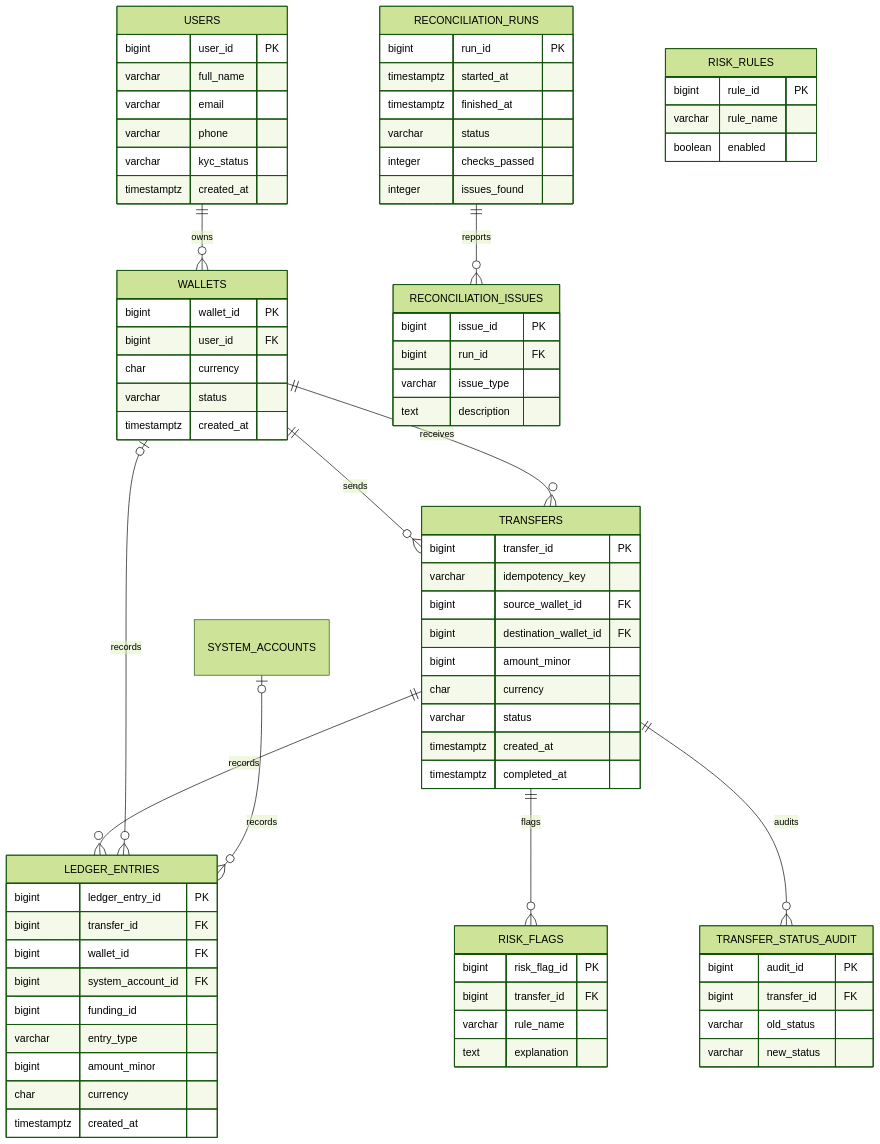
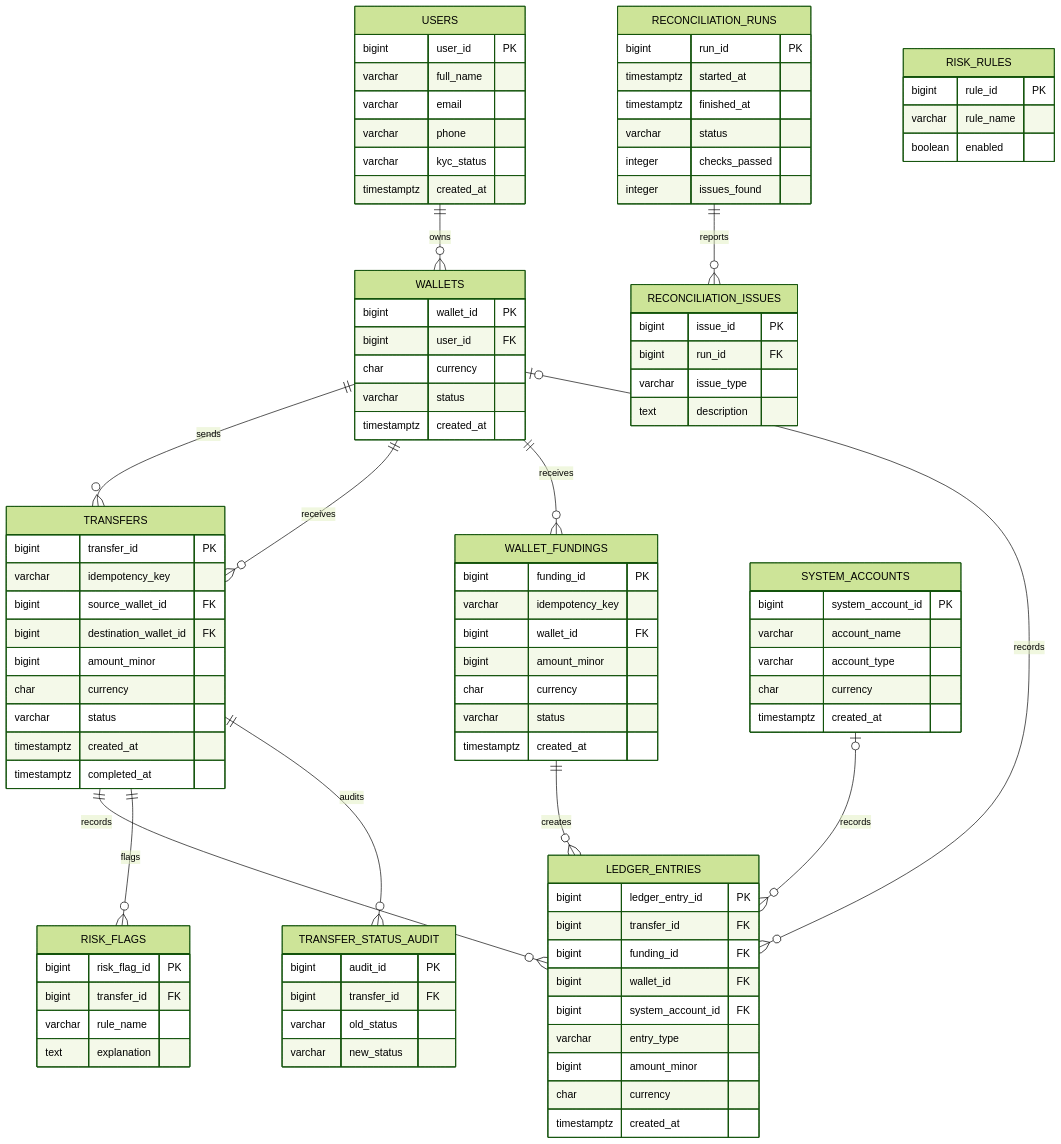
One commit to csai9481-glitch/Payments-Wallet-Ledger changed the diagram in docs/schema.md. Above: the diagram before and after it, drawn with Mermaid (forest theme).

Commit message:
Improve wallet ledger schema documentation

```diff
--- a/docs/schema.md
+++ b/docs/schema.md
@@ -158,6 +158,8 @@
     WALLETS ||--o{ TRANSFERS : sends
     WALLETS ||--o{ TRANSFERS : receives
     TRANSFERS ||--o{ LEDGER_ENTRIES : records
+    WALLETS ||--o{ WALLET_FUNDINGS : receives
+    WALLET_FUNDINGS ||--o{ LEDGER_ENTRIES : creates
     WALLETS o|--o{ LEDGER_ENTRIES : records
     SYSTEM_ACCOUNTS o|--o{ LEDGER_ENTRIES : records
     RECONCILIATION_RUNS ||--o{ RECONCILIATION_ISSUES : reports
@@ -196,15 +198,31 @@
     LEDGER_ENTRIES {
         bigint ledger_entry_id PK
         bigint transfer_id FK
+        bigint funding_id FK
         bigint wallet_id FK
         bigint system_account_id FK
-        bigint funding_id
         varchar entry_type
         bigint amount_minor
         char currency
         timestamptz created_at
     }
 
+    SYSTEM_ACCOUNTS {
+        bigint system_account_id PK
+        varchar account_name
+        varchar account_type
+        char currency
+        timestamptz created_at
+    }
+    WALLET_FUNDINGS {
+        bigint funding_id PK
+        varchar idempotency_key
+        bigint wallet_id FK
+        bigint amount_minor
+        char currency
+        varchar status
+        timestamptz created_at
+    }
     RECONCILIATION_RUNS {
         bigint run_id PK
         timestamptz started_at
```
